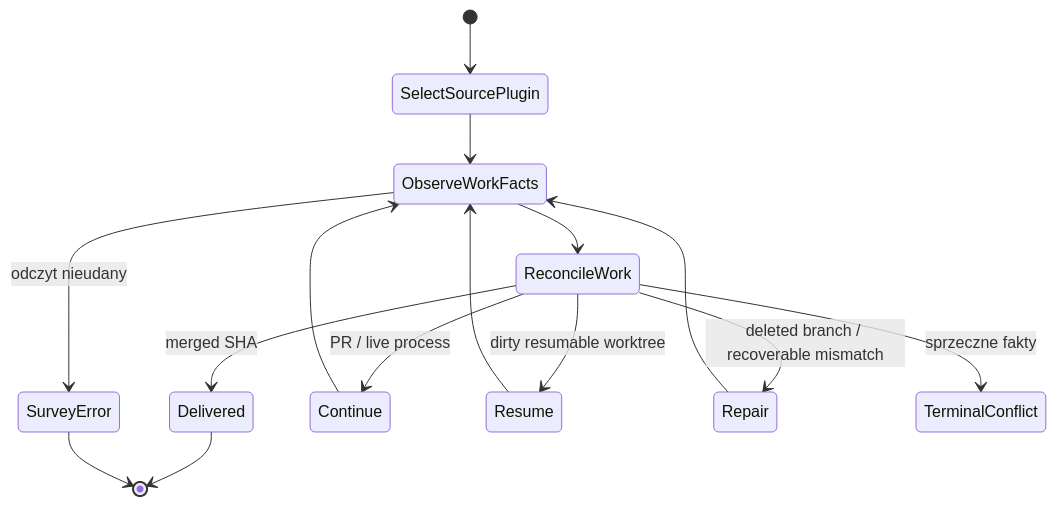
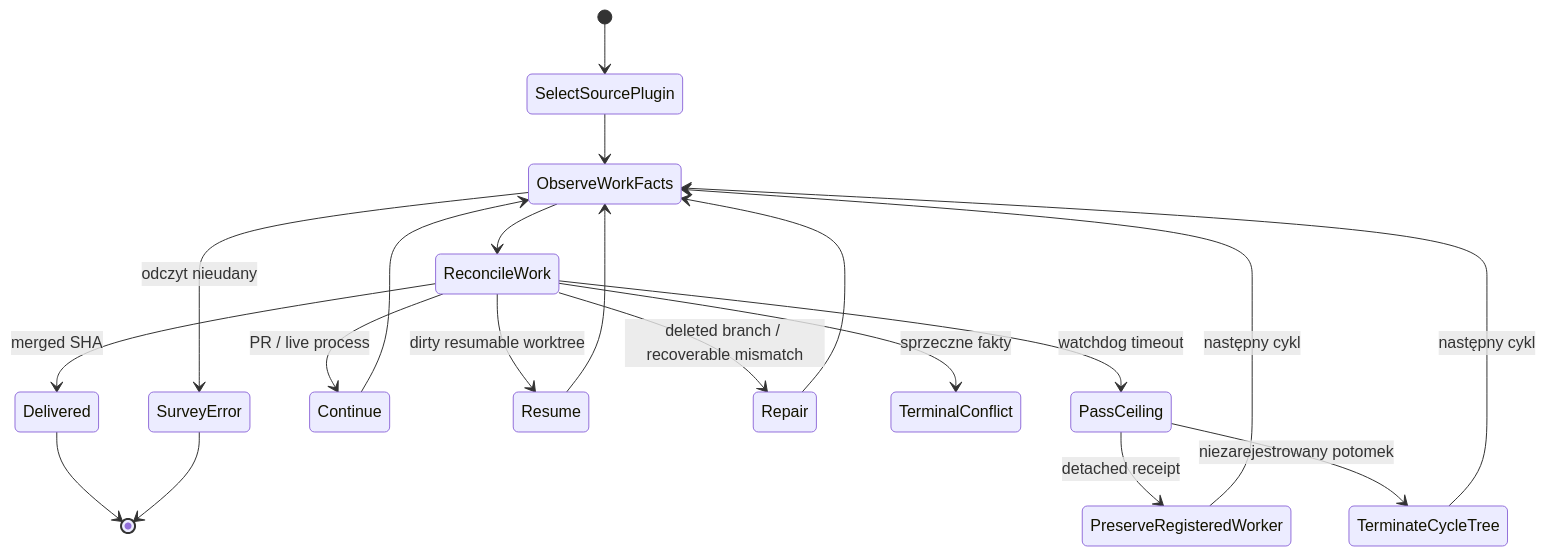
Diagram 45 of 53 in README.md (mikolaj92/lokay), drawn with Mermaid before and after one commit. The commit also changed 4 other files, not shown here.

First line of the commit message:
Stop nested Fala sessions at pass ceiling

````diff
--- a/README.md
+++ b/README.md
@@ -1251,17 +1251,22 @@
 ```mermaid
 stateDiagram-v2
     [*] --> SelectSourcePlugin
     SelectSourcePlugin --> ObserveWorkFacts
     ObserveWorkFacts --> SurveyError: odczyt nieudany
     ObserveWorkFacts --> ReconcileWork
     ReconcileWork --> Delivered: merged SHA
     ReconcileWork --> Continue: PR / live process
     ReconcileWork --> Resume: dirty resumable worktree
     ReconcileWork --> Repair: deleted branch / recoverable mismatch
     ReconcileWork --> TerminalConflict: sprzeczne fakty
     Resume --> ObserveWorkFacts
     Repair --> ObserveWorkFacts
     Continue --> ObserveWorkFacts
+    ReconcileWork --> PassCeiling: watchdog timeout
+    PassCeiling --> PreserveRegisteredWorker: detached receipt
+    PassCeiling --> TerminateCycleTree: niezarejestrowany potomek
+    PreserveRegisteredWorker --> ObserveWorkFacts: następny cykl
+    TerminateCycleTree --> ObserveWorkFacts: następny cykl
     Delivered --> [*]
     SurveyError --> [*]
 ```
````
